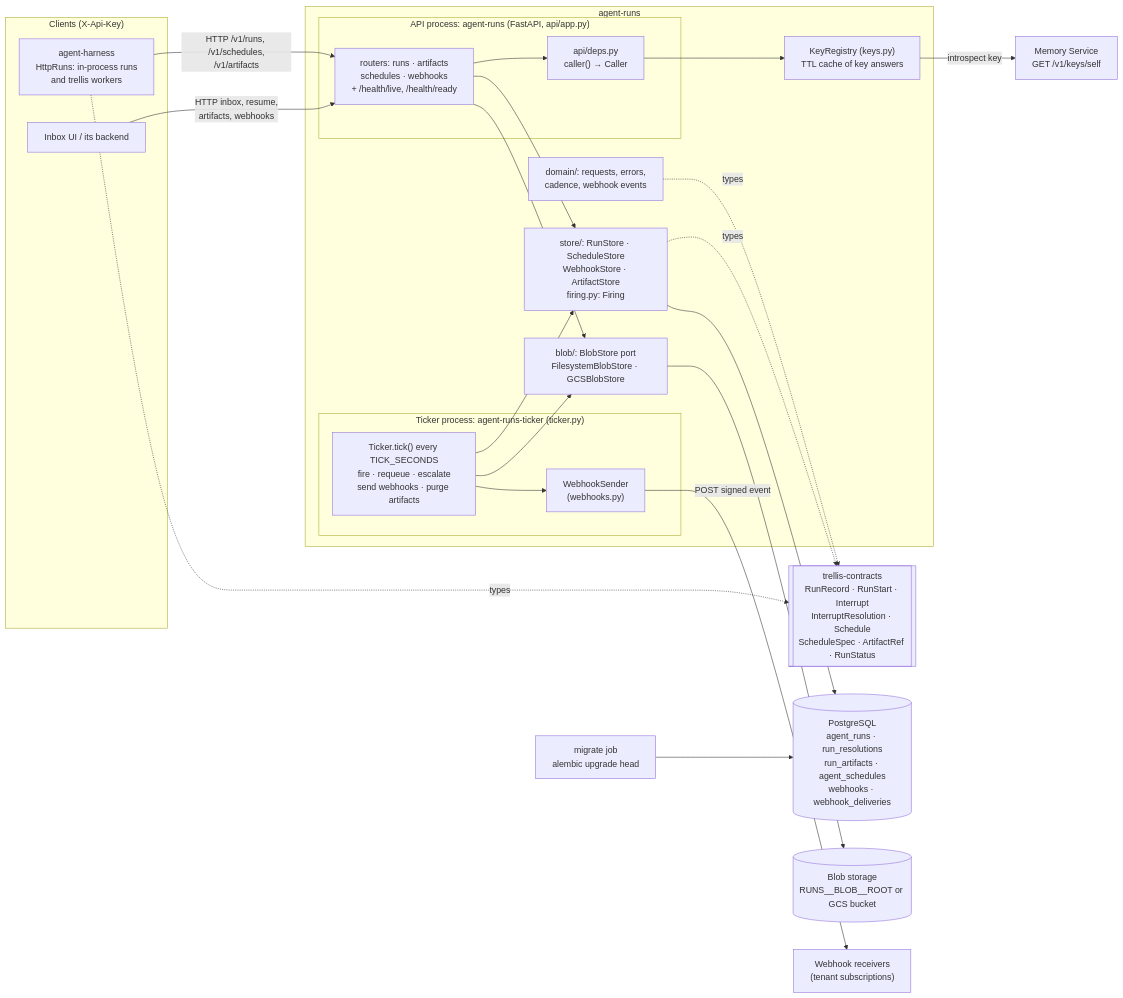
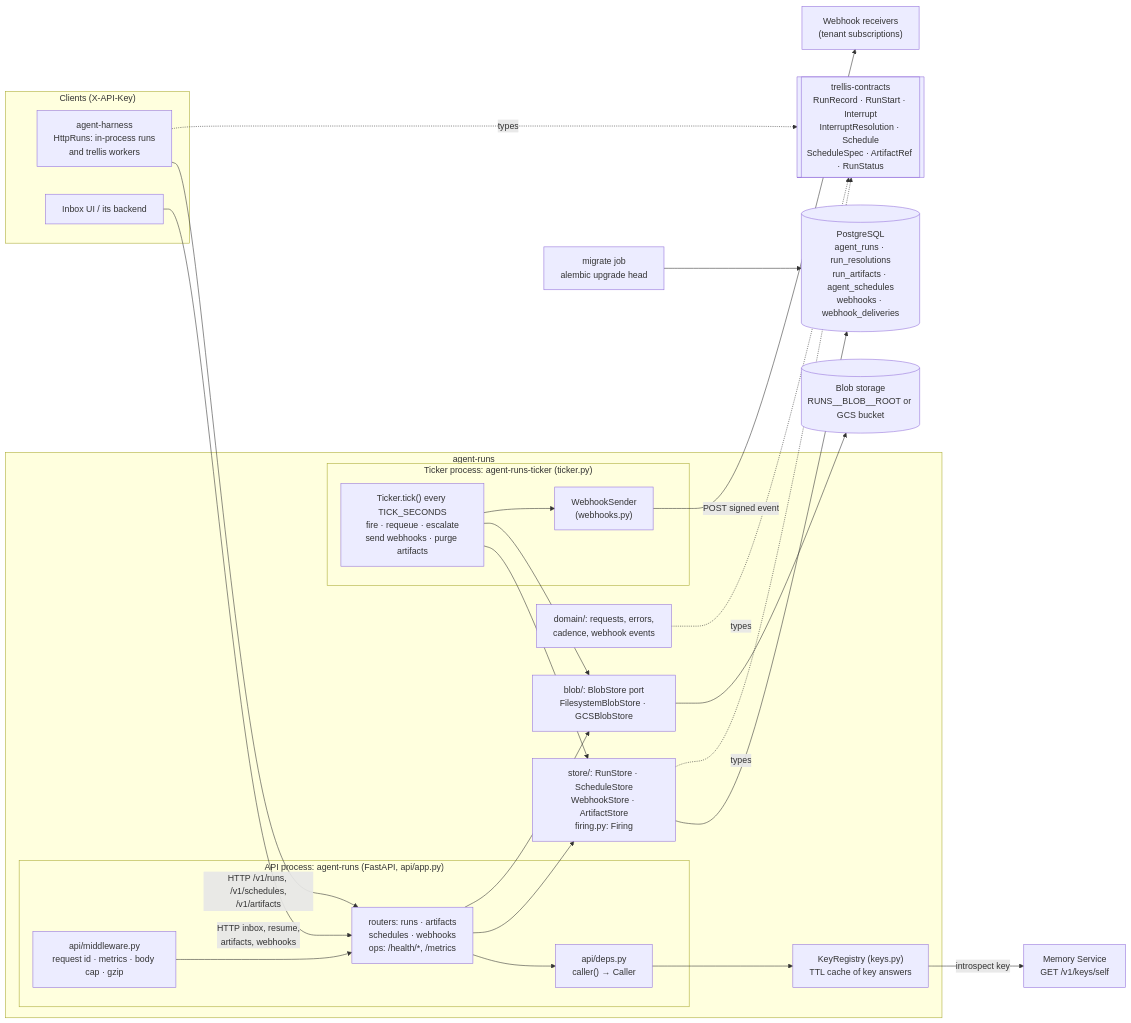
The first of 5 diagrams in docs/ARCHITECTURE.md (amitmohapatra/agent-runs), drawn with Mermaid before and after one commit. The commit also changed other lines of this file and 57 other files, not shown here.

First line of the commit message:
Hardening: RFC 9457 errors, idempotent finish, full OpenAPI, pagination, limits, metrics, progress checkpoints (#3)

````diff
--- a/docs/ARCHITECTURE.md
+++ b/docs/ARCHITECTURE.md
@@ -19,44 +19,46 @@
 ```mermaid
 flowchart LR
-  subgraph clients["Clients (X-Api-Key)"]
+  subgraph clients["Clients (X-API-Key)"]
     harness["agent-harness<br/>HttpRuns: in-process runs<br/>and trellis workers"]
     ui["Inbox UI / its backend"]
   end
 
   subgraph runs["agent-runs"]
     subgraph api["API process: agent-runs (FastAPI, api/app.py)"]
       deps["api/deps.py<br/>caller() → Caller"]
-      routers["routers: runs · artifacts<br/>schedules · webhooks<br/>+ /health/live, /health/ready"]
+      mw["api/middleware.py<br/>request id · metrics · body cap · gzip"]
+      routers["routers: runs · artifacts<br/>schedules · webhooks<br/>ops: /health/*, /metrics"]
     end
     subgraph tick["Ticker process: agent-runs-ticker (ticker.py)"]
       ticker["Ticker.tick() every TICK_SECONDS<br/>fire · requeue · escalate<br/>send webhooks · purge artifacts"]
       sender["WebhookSender<br/>(webhooks.py)"]
     end
     keys["KeyRegistry (keys.py)<br/>TTL cache of key answers"]
     stores["store/: RunStore · ScheduleStore<br/>WebhookStore · ArtifactStore<br/>firing.py: Firing"]
     domain["domain/: requests, errors,<br/>cadence, webhook events"]
     blobport["blob/: BlobStore port<br/>FilesystemBlobStore · GCSBlobStore"]
   end
 
   contracts[["trellis-contracts<br/>RunRecord · RunStart · Interrupt<br/>InterruptResolution · Schedule<br/>ScheduleSpec · ArtifactRef · RunStatus"]]
   memory["Memory Service<br/>GET /v1/keys/self"]
   pg[("PostgreSQL<br/>agent_runs · run_resolutions<br/>run_artifacts · agent_schedules<br/>webhooks · webhook_deliveries")]
   blob[("Blob storage<br/>RUNS__BLOB__ROOT or GCS bucket")]
   receivers["Webhook receivers<br/>(tenant subscriptions)"]
   migrate["migrate job<br/>alembic upgrade head"]
 
   harness -- "HTTP /v1/runs, /v1/schedules,<br/>/v1/artifacts" --> routers
   ui -- "HTTP inbox, resume,<br/>artifacts, webhooks" --> routers
+  mw --> routers
   routers --> deps --> keys -- "introspect key" --> memory
   routers --> stores
   routers --> blobport
   ticker --> stores
   ticker --> blobport
   ticker --> sender -- "POST signed event" --> receivers
   stores --> pg
   blobport --> blob
   migrate --> pg
   domain -. "types" .-> contracts
   stores -. "types" .-> contracts
   harness -. "types" .-> contracts
 ```
````
